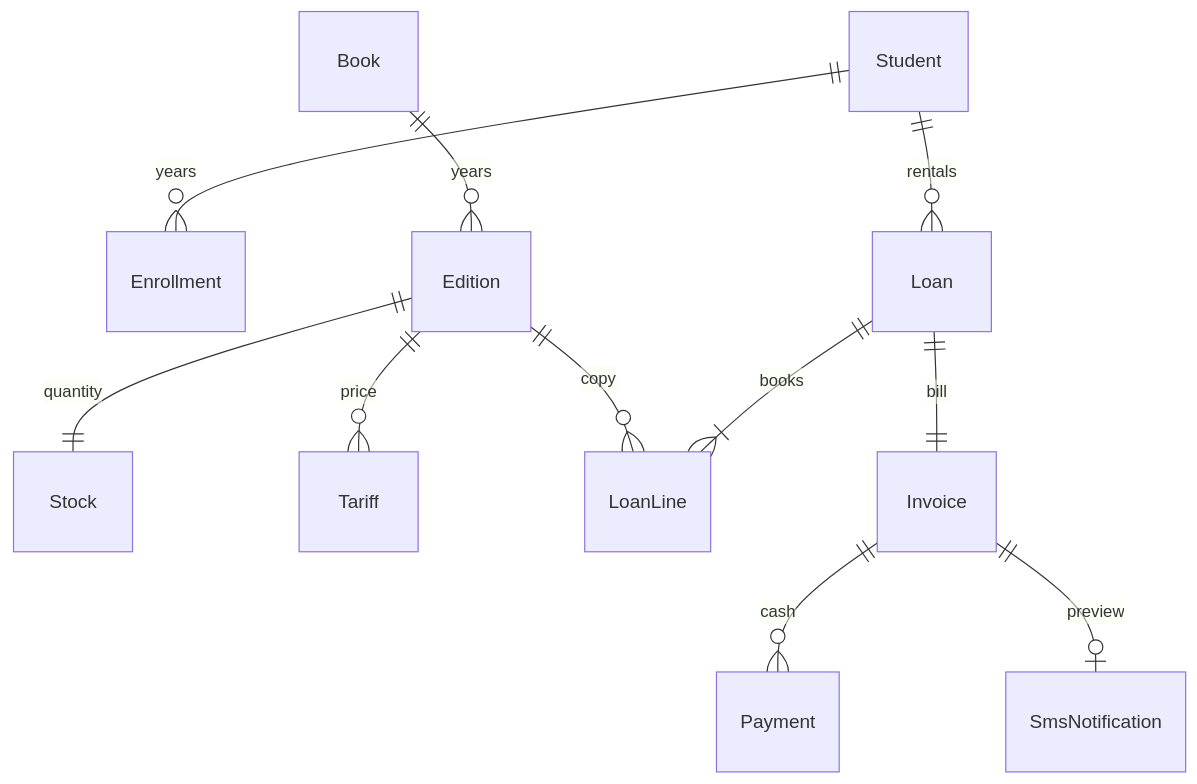
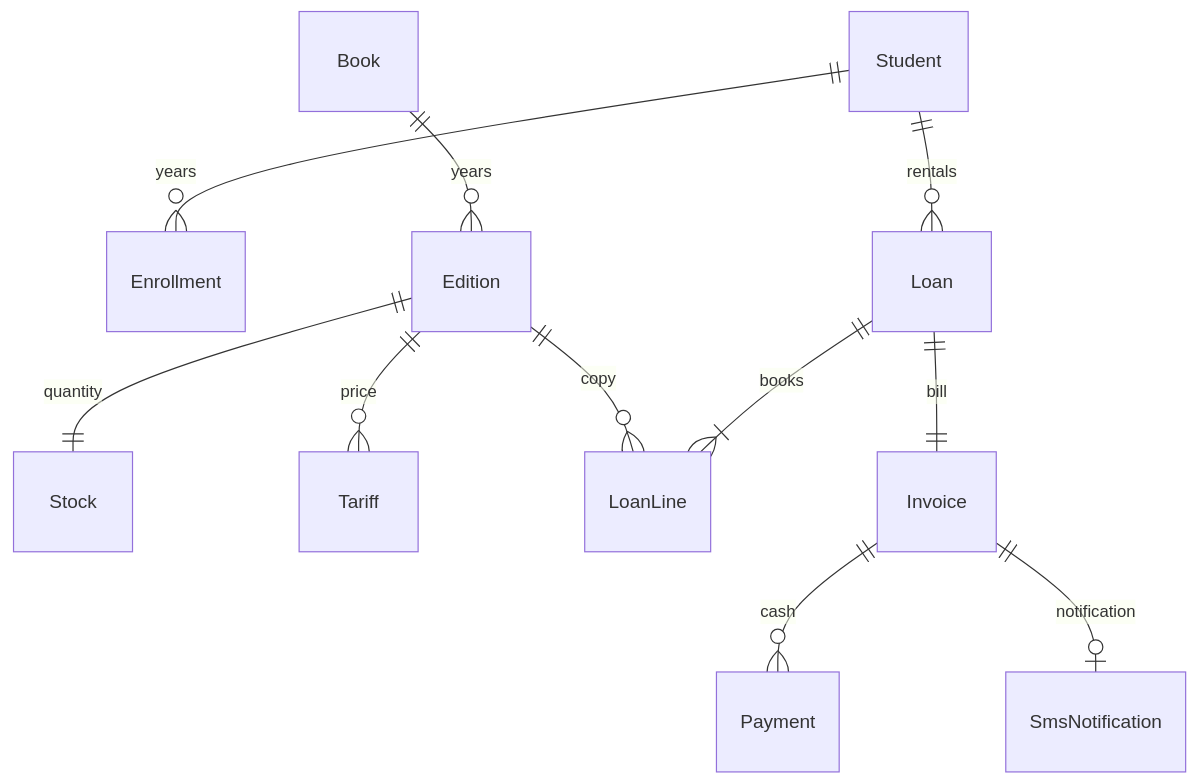
One commit to FayzulloBukhoriev/KitobYor changed the diagram in docs/SCHEMA.md. Above: the diagram before and after it, drawn with Mermaid. The commit also changed other lines of this file and 12 other files, not shown here.

````diff
--- a/docs/SCHEMA.md
+++ b/docs/SCHEMA.md
@@ -26,13 +27,13 @@
 ```mermaid
 erDiagram
     Student ||--o{ Enrollment : years
     Student ||--o{ Loan : rentals
     Book ||--o{ Edition : years
     Edition ||--|| Stock : quantity
     Edition ||--o{ Tariff : price
     Loan ||--|{ LoanLine : books
     Edition ||--o{ LoanLine : copy
     Loan ||--|| Invoice : bill
     Invoice ||--o{ Payment : cash
-    Invoice ||--o| SmsNotification : preview
+    Invoice ||--o| SmsNotification : notification
 ```
````
